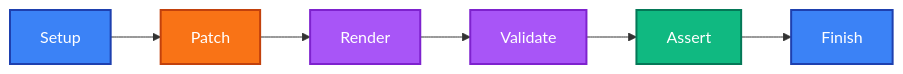
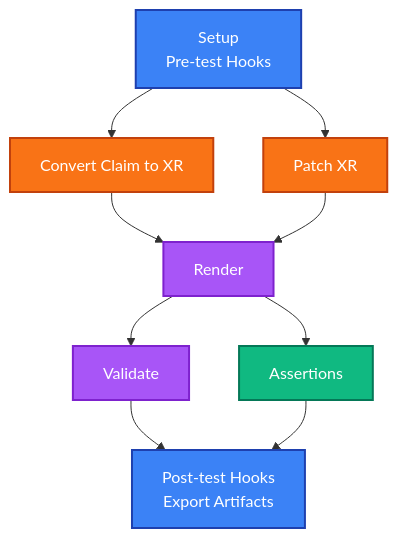
One commit to tampakrap/xprin changed the first of 2 diagrams in docs/how-it-works.md. Above: the diagram before and after it, drawn with Mermaid. The commit also changed other lines of this file and 2 other files, not shown here.

````diff
--- a/docs/how-it-works.md
+++ b/docs/how-it-works.md
@@ -9,15 +9,19 @@
 ```mermaid
-flowchart LR
-    A[Setup] --> B[Patch]
-    B --> C[Render]
-    C --> D[Validate]
-    D --> E[Assert]
-    E --> F[Finish]
+flowchart TD
+    A["Setup<br/>Pre-test Hooks"] --> B[Convert Claim to XR]
+    A --> C[Patch XR]
+    B --> D[Render]
+    C --> D
+    D --> E[Validate]
+    D --> F[Assertions]
+    E --> G[Post-test Hooks<br/>Export Artifacts]
+    F --> G
 
     style A fill:#3b82f6,stroke:#1e40af,stroke-width:2px,color:#fff
     style B fill:#f97316,stroke:#c2410c,stroke-width:2px,color:#fff
-    style C fill:#a855f7,stroke:#7e22ce,stroke-width:2px,color:#fff
+    style C fill:#f97316,stroke:#c2410c,stroke-width:2px,color:#fff
     style D fill:#a855f7,stroke:#7e22ce,stroke-width:2px,color:#fff
-    style E fill:#10b981,stroke:#047857,stroke-width:2px,color:#fff
-    style F fill:#3b82f6,stroke:#1e40af,stroke-width:2px,color:#fff
+    style E fill:#a855f7,stroke:#7e22ce,stroke-width:2px,color:#fff
+    style F fill:#10b981,stroke:#047857,stroke-width:2px,color:#fff
+    style G fill:#3b82f6,stroke:#1e40af,stroke-width:2px,color:#fff
 ```
````
